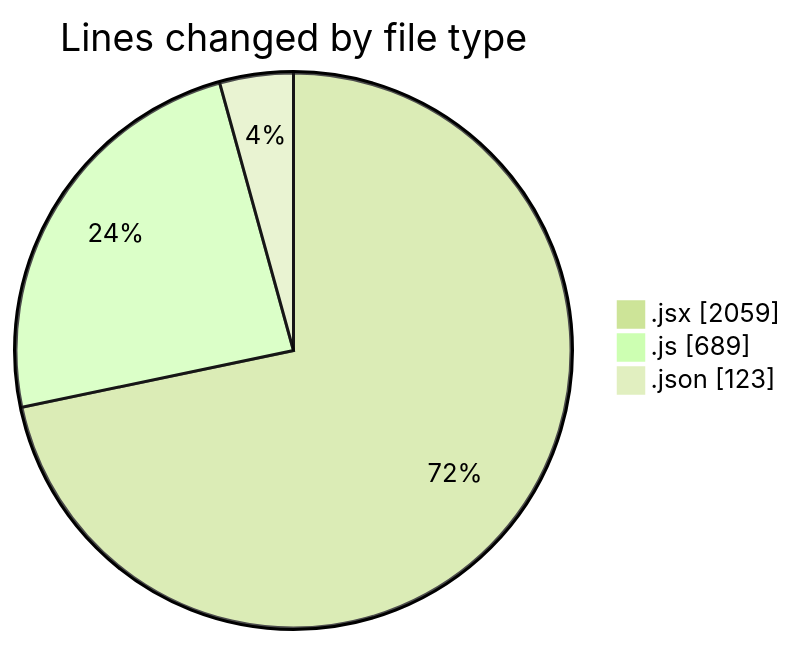
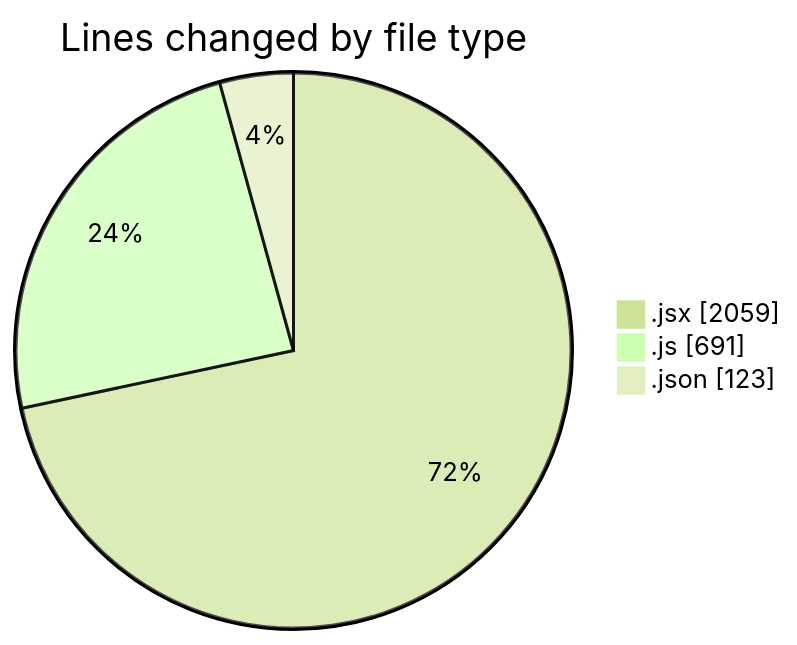
One commit to nxtqubesakshisongat/code-tracking changed the first of 2 diagrams in 2025-12-28/nxtqube_webapp/README.md. Above: the diagram before and after it, drawn with Mermaid (forest theme). The commit also changed other lines of this file and 1 other file, not shown here.

````diff
--- a/2025-12-28/nxtqube_webapp/README.md
+++ b/2025-12-28/nxtqube_webapp/README.md
@@ -24,7 +24,7 @@
 ```mermaid
 pie showData
 title Lines changed by file type
 ".jsx" : 2059
-".js" : 689
+".js" : 691
 ".json" : 123
 ```
````
